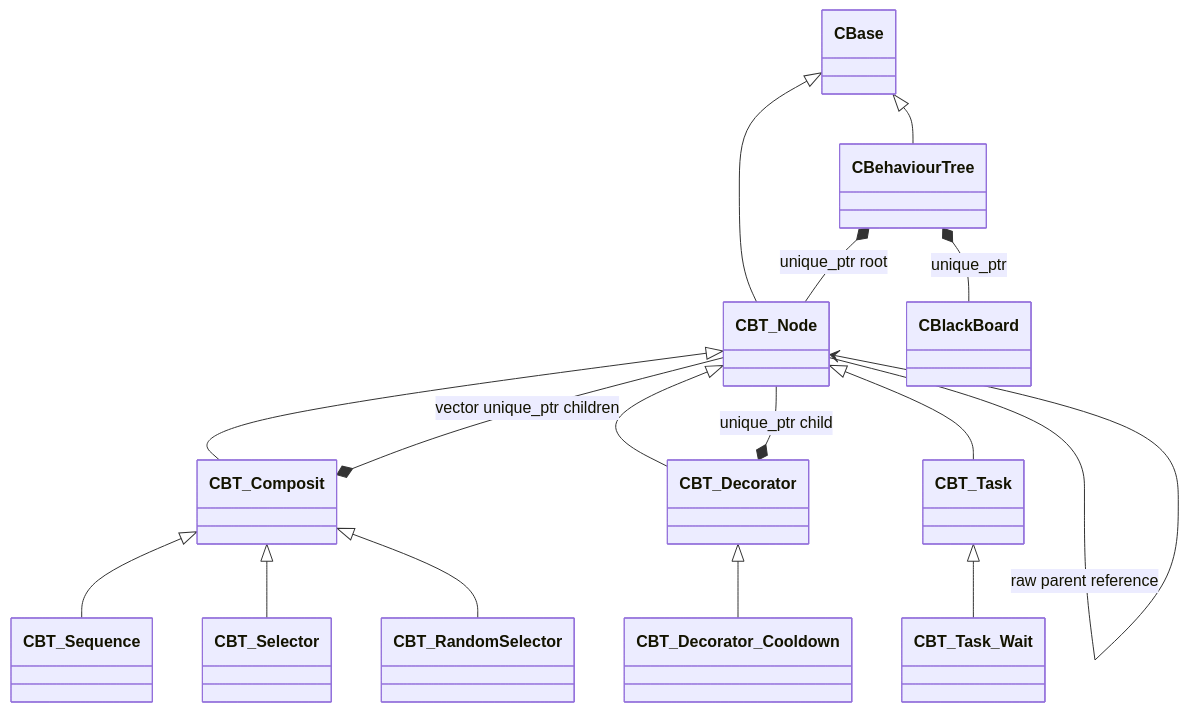
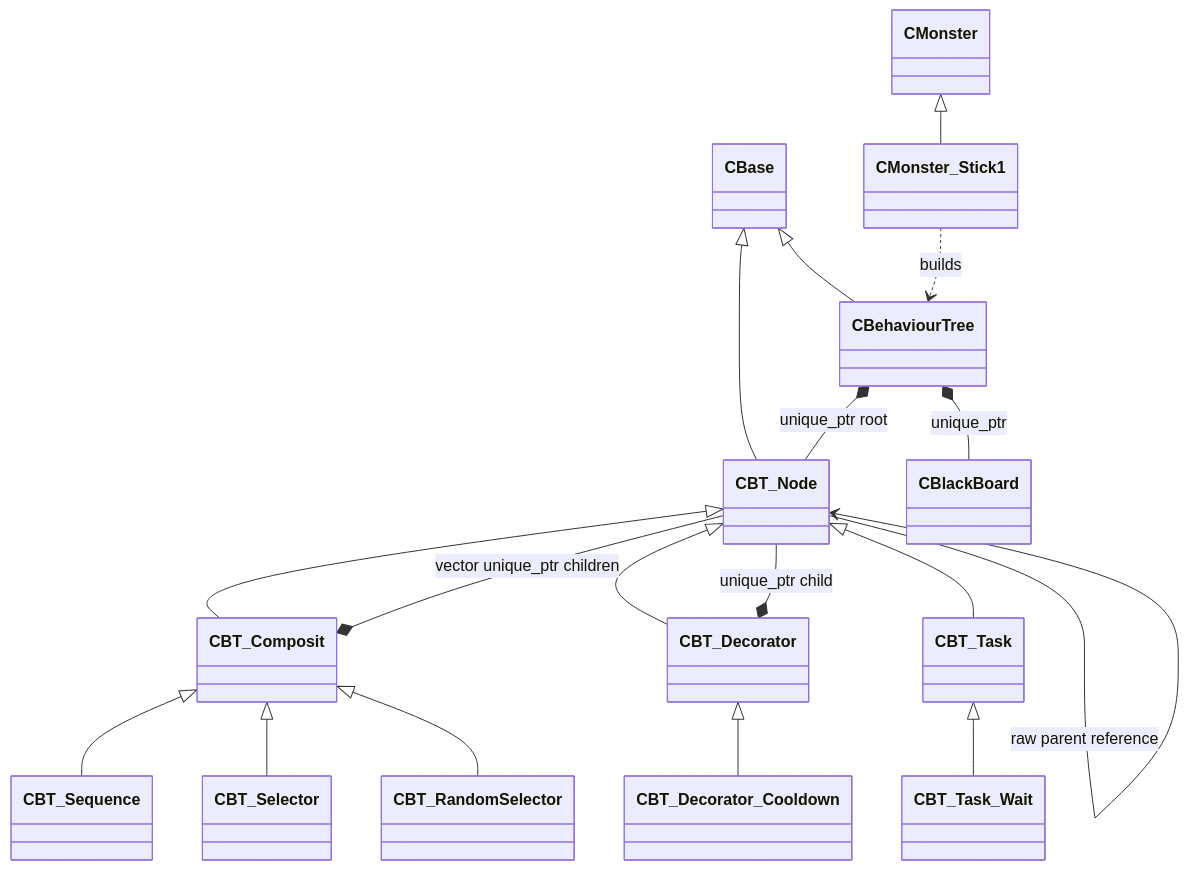
The diagram in Technical/Behaviour-Tree/README.md (enopid/GameProgramming-Portfolio), drawn with Mermaid before and after one commit. The commit also changed other lines of this file and 59 other files, not shown here.

````diff
--- a/Technical/Behaviour-Tree/README.md
+++ b/Technical/Behaviour-Tree/README.md
@@ -7,18 +7,20 @@
 ```mermaid
 classDiagram
     CBase <|-- CBT_Node
     CBase <|-- CBehaviourTree
     CBT_Node <|-- CBT_Composit
     CBT_Node <|-- CBT_Decorator
     CBT_Node <|-- CBT_Task
     CBT_Composit <|-- CBT_Sequence
     CBT_Composit <|-- CBT_Selector
     CBT_Composit <|-- CBT_RandomSelector
     CBT_Decorator <|-- CBT_Decorator_Cooldown
     CBT_Task <|-- CBT_Task_Wait
     CBehaviourTree *-- CBlackBoard : unique_ptr
     CBehaviourTree *-- CBT_Node : unique_ptr root
     CBT_Composit *-- CBT_Node : vector unique_ptr children
     CBT_Decorator *-- CBT_Node : unique_ptr child
     CBT_Node --> CBT_Node : raw parent reference
+    CMonster <|-- CMonster_Stick1
+    CMonster_Stick1 ..> CBehaviourTree : builds
 ```
````
